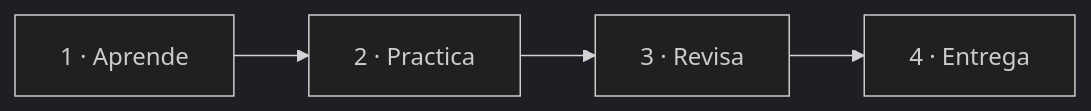
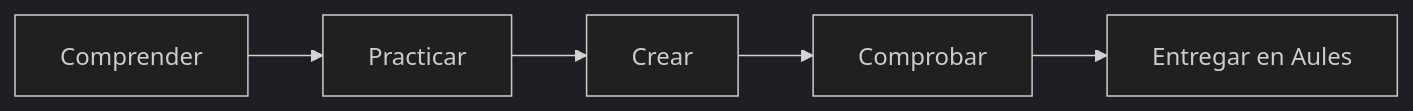
One commit to davidmolinafernadez/ESO_INFORMATICA_MATERIALES changed the diagram in docs/3eso/b01/index.md. Above: the diagram before and after it, drawn with Mermaid (dark theme). The commit also changed other lines of this file and 70 other files, not shown here.

````diff
--- a/docs/3eso/b01/index.md
+++ b/docs/3eso/b01/index.md
@@ -23,4 +22,4 @@
 ```mermaid
 flowchart LR
-  A["1 · Aprende"] --> B["2 · Practica"] --> C["3 · Revisa"] --> D["4 · Entrega"]
+ A[Comprender] --> B[Practicar] --> C[Crear] --> D[Comprobar] --> E[Entregar en Aules]
 ```
````
